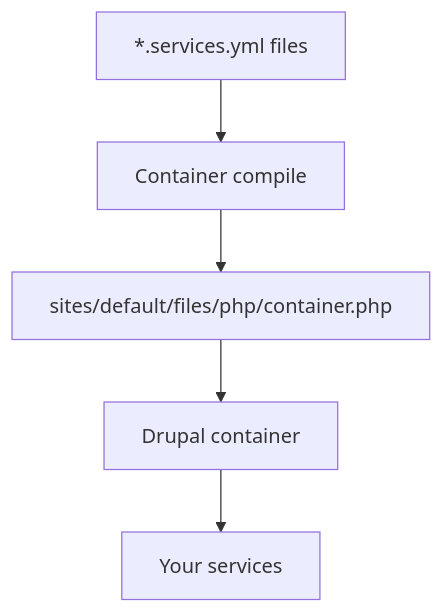
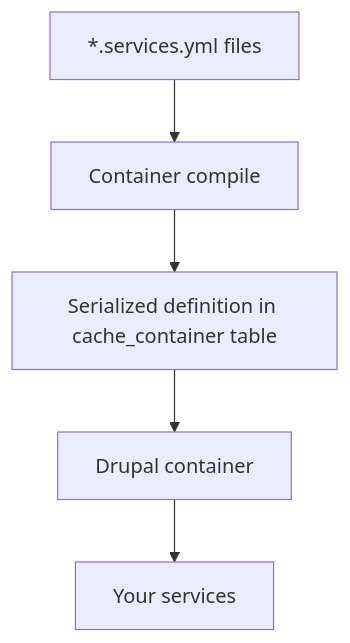
The diagram in docs/symfony/dependency-injection.md (amitmaity/drupal-docs), drawn with Mermaid before and after one commit. The commit also changed other lines of this file and 83 other files, not shown here.

````diff
--- a/docs/symfony/dependency-injection.md
+++ b/docs/symfony/dependency-injection.md
@@ -18,7 +18,7 @@
 ```mermaid
 flowchart TD
     YAML["*.services.yml files"] --> Compiler[Container compile]
-    Compiler --> PHP["sites/default/files/php/container.php"]
+    Compiler --> PHP["Serialized definition in cache_container table"]
     PHP --> Container[Drupal container]
     Container --> Services[Your services]
 ```
````
